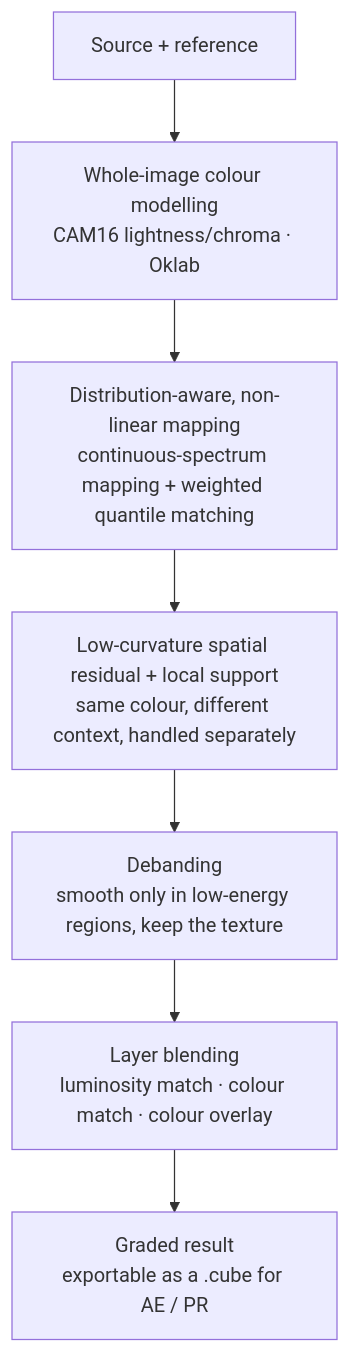
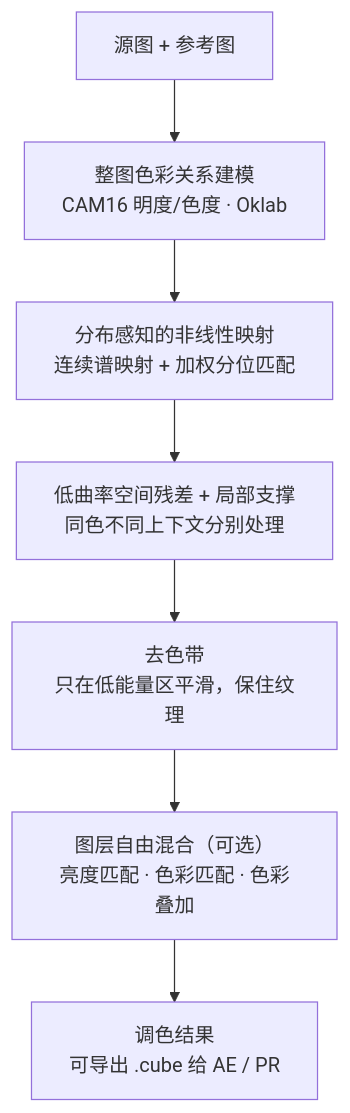
The diagram in README.md (ParionPI/Velum-Color-Transfer), drawn with Mermaid before and after one commit. The commit also changed other lines of this file and 3 other files, not shown here.

````diff
--- a/README.md
+++ b/README.md
@@ -23,9 +22,9 @@
 ```mermaid
 flowchart TB
-  A["Source + reference"] --> B["Whole-image colour modelling<br/>CAM16 lightness/chroma · Oklab"]
-  B --> C["Distribution-aware, non-linear mapping<br/>continuous-spectrum mapping + weighted quantile matching"]
-  C --> D["Low-curvature spatial residual + local support<br/>same colour, different context, handled separately"]
-  D --> E["Debanding<br/>smooth only in low-energy regions, keep the texture"]
-  E --> F["Layer blending<br/>luminosity match · colour match · colour overlay"]
-  F --> G["Graded result<br/>exportable as a .cube for AE / PR"]
+  A["源图 + 参考图"] --> B["整图色彩关系建模<br/>CAM16 明度/色度 · Oklab"]
+  B --> C["分布感知的非线性映射<br/>连续谱映射 + 加权分位匹配"]
+  C --> D["低曲率空间残差 + 局部支撑<br/>同色不同上下文分别处理"]
+  D --> E["去色带<br/>只在低能量区平滑，保住纹理"]
+  E --> F["图层自由混合（可选）<br/>亮度匹配 · 色彩匹配 · 色彩叠加"]
+  F --> G["调色结果<br/>可导出 .cube 给 AE / PR"]
 ```
````
